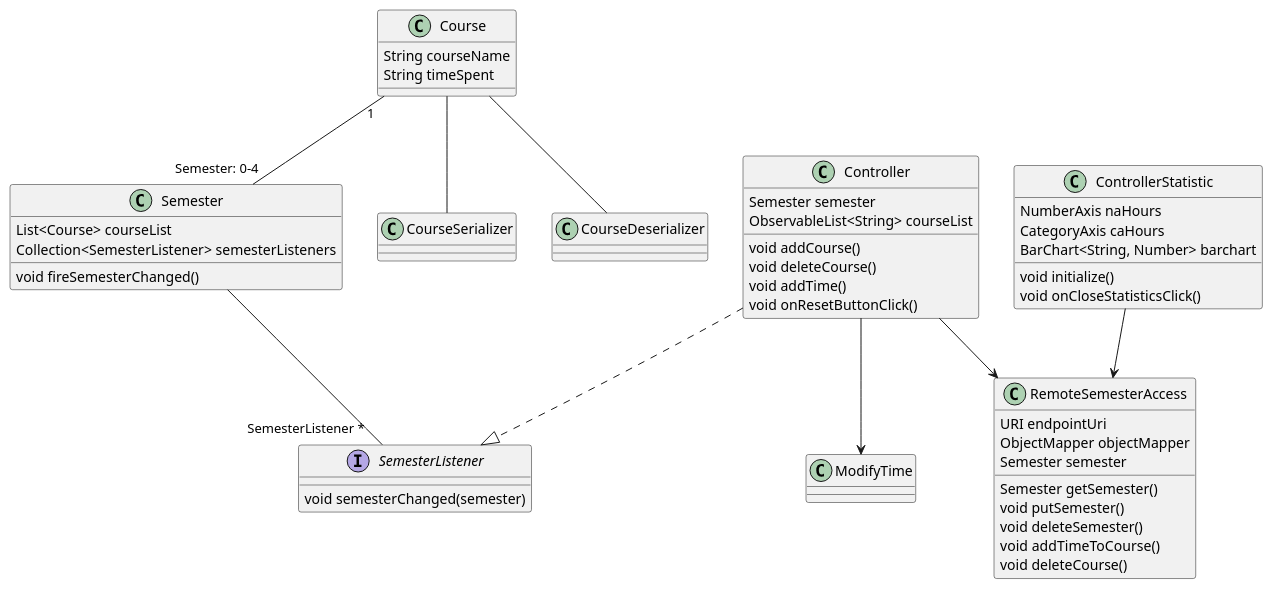
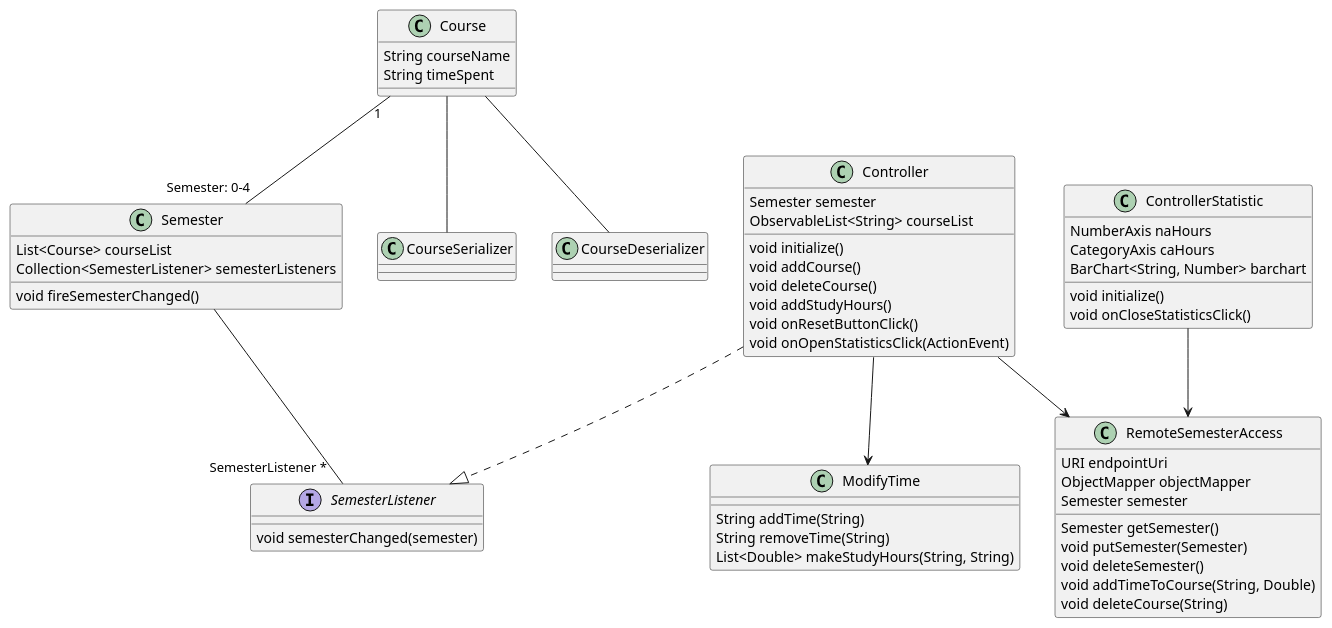
The second of 4 diagrams in IT1901/README.md (bmksimons/studytracker), drawn with PlantUML before and after one commit.

````diff
--- a/IT1901/README.md
+++ b/IT1901/README.md
@@ -104,51 +104,59 @@
 ```plantuml
 @startuml
 interface SemesterListener
 class Course
 class Semester
 class CourseSerializer
 class CourseDeserializer
 class Controller
 class ControllerStatistic
 class RemoteSemesterAccess
 class ModifyTime
 
 Course "1" -- "Semester: 0-4" Semester
 Controller ..|> SemesterListener
 Semester -- "SemesterListener *" SemesterListener
 Course -- CourseSerializer
 Course -- CourseDeserializer
 Controller --> RemoteSemesterAccess
 ControllerStatistic --> RemoteSemesterAccess
 Controller --> ModifyTime
 
 Course : String courseName
 Course : String timeSpent
 Semester : List<Course> courseList
 Semester : Collection<SemesterListener> semesterListeners
 Semester : void fireSemesterChanged()
 SemesterListener : void semesterChanged(semester)
+
 Controller : Semester semester
 Controller : ObservableList<String> courseList
+Controller : void initialize()
 Controller : void addCourse()
 Controller : void deleteCourse()
-Controller : void addTime()
+Controller : void addStudyHours()
 Controller : void onResetButtonClick()
+Controller : void onOpenStatisticsClick(ActionEvent)
+
+
 ControllerStatistic : NumberAxis naHours
 ControllerStatistic : CategoryAxis caHours
 ControllerStatistic : BarChart<String, Number> barchart
 ControllerStatistic : void initialize()
 ControllerStatistic : void onCloseStatisticsClick()
+
 RemoteSemesterAccess : URI endpointUri
 RemoteSemesterAccess : ObjectMapper objectMapper
 RemoteSemesterAccess : Semester semester
 RemoteSemesterAccess : Semester getSemester()
-RemoteSemesterAccess : void putSemester()
+RemoteSemesterAccess : void putSemester(Semester)
 RemoteSemesterAccess : void deleteSemester()
-RemoteSemesterAccess : void addTimeToCourse()
-RemoteSemesterAccess : void deleteCourse()
+RemoteSemesterAccess : void addTimeToCourse(String, Double)
+RemoteSemesterAccess : void deleteCourse(String)
 
-
+ModifyTime : String addTime(String)
+ModifyTime : String removeTime(String)
+ModifyTime : List<Double> makeStudyHours(String, String)
 
 @enduml
 ```
````
